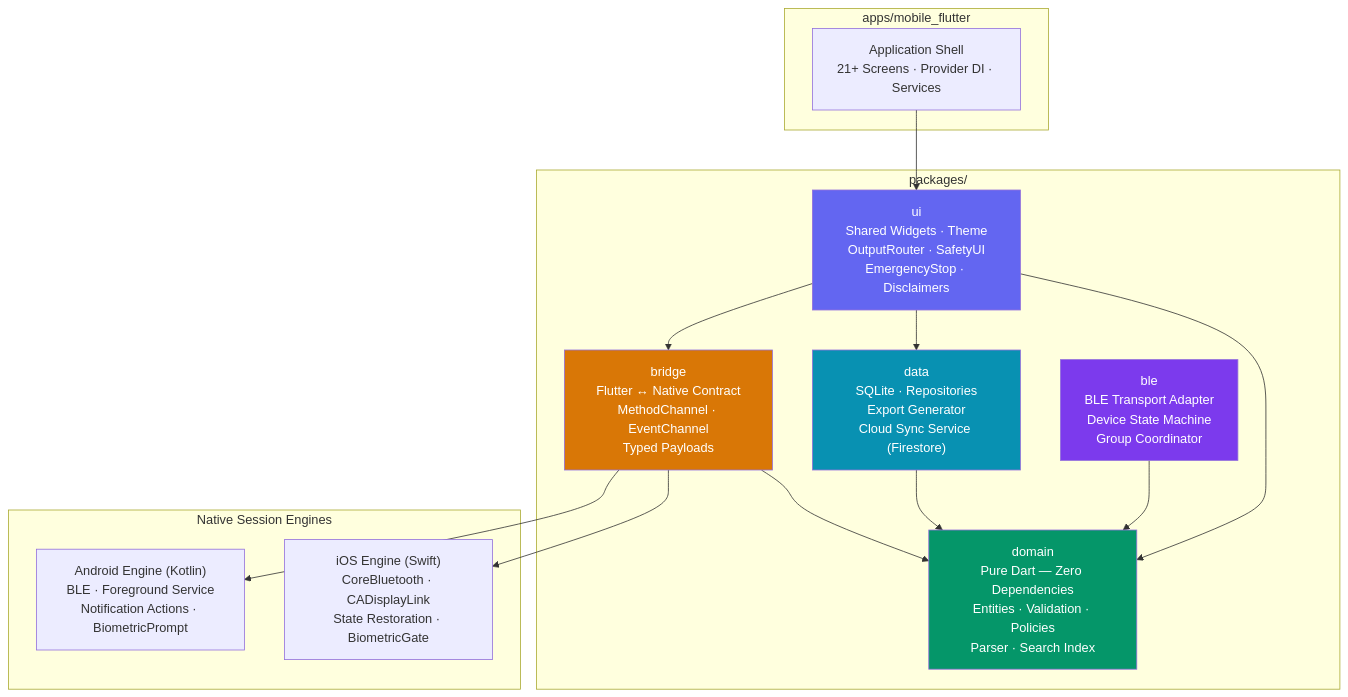
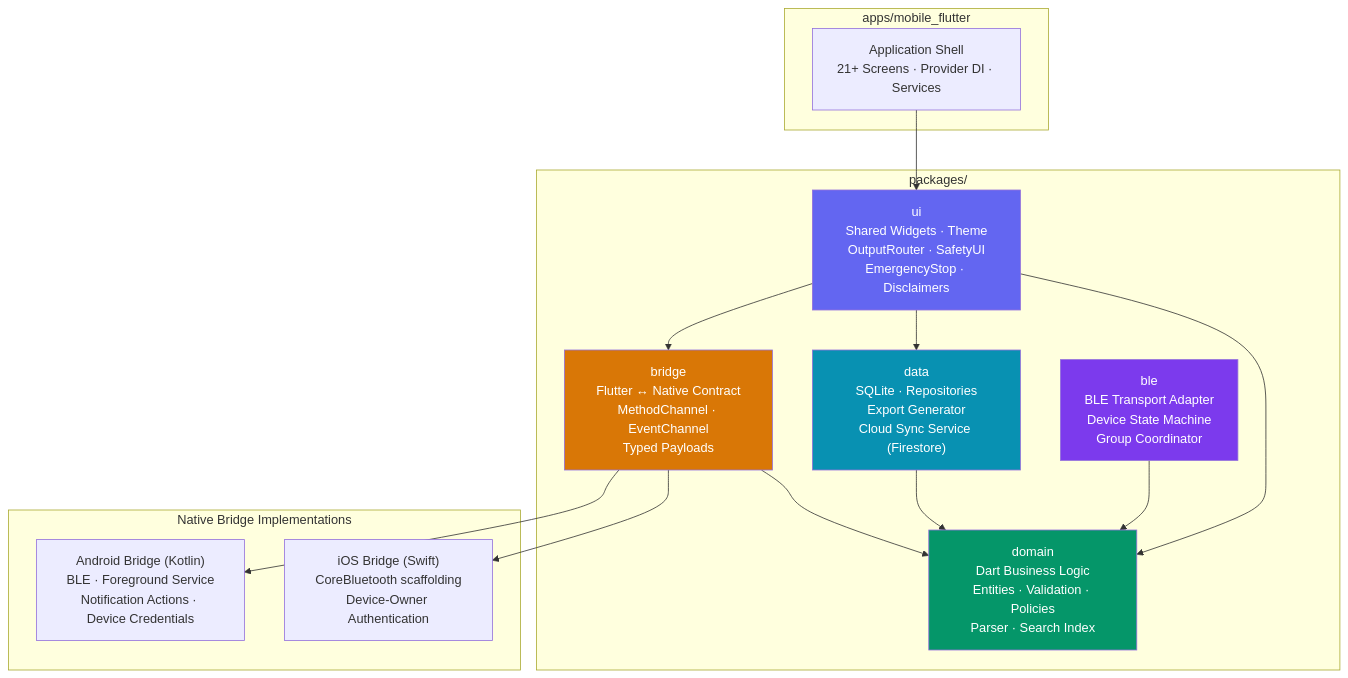
The first of 4 diagrams in LightRoutines/README.md (MILTONADINA/Private-Projects-Portfolio-Showcase), drawn with Mermaid before and after one commit. The commit also changed other lines of this file and 43 other files, not shown here.

````diff
--- a/LightRoutines/README.md
+++ b/LightRoutines/README.md
@@ -46,33 +56,33 @@
 ```mermaid
 graph TB
     subgraph App["apps/mobile_flutter"]
         AppShell["Application Shell<br/>21+ Screens · Provider DI · Services"]
     end
 
     subgraph Packages["packages/"]
         UI["ui<br/>Shared Widgets · Theme<br/>OutputRouter · SafetyUI<br/>EmergencyStop · Disclaimers"]
-        Domain["domain<br/>Pure Dart — Zero Dependencies<br/>Entities · Validation · Policies<br/>Parser · Search Index"]
+        Domain["domain<br/>Dart Business Logic<br/>Entities · Validation · Policies<br/>Parser · Search Index"]
         Data["data<br/>SQLite · Repositories<br/>Export Generator<br/>Cloud Sync Service (Firestore)"]
         Bridge["bridge<br/>Flutter ↔ Native Contract<br/>MethodChannel · EventChannel<br/>Typed Payloads"]
         BLE["ble<br/>BLE Transport Adapter<br/>Device State Machine<br/>Group Coordinator"]
     end
 
-    subgraph Native["Native Session Engines"]
-        iOS["iOS Engine (Swift)<br/>CoreBluetooth · CADisplayLink<br/>State Restoration · BiometricGate"]
-        Android["Android Engine (Kotlin)<br/>BLE · Foreground Service<br/>Notification Actions · BiometricPrompt"]
+    subgraph Native["Native Bridge Implementations"]
+        iOS["iOS Bridge (Swift)<br/>CoreBluetooth scaffolding<br/>Device-Owner Authentication"]
+        Android["Android Bridge (Kotlin)<br/>BLE · Foreground Service<br/>Notification Actions · Device Credentials"]
     end
 
     AppShell --> UI
     UI --> Domain & Data & Bridge
     Data --> Domain
     Bridge --> Domain
     BLE --> Domain
 
     Bridge --> iOS & Android
 
     style Domain fill:#059669,color:#fff
     style Data fill:#0891b2,color:#fff
     style Bridge fill:#d97706,color:#fff
     style BLE fill:#7c3aed,color:#fff
     style UI fill:#6366f1,color:#fff
 ```
````
